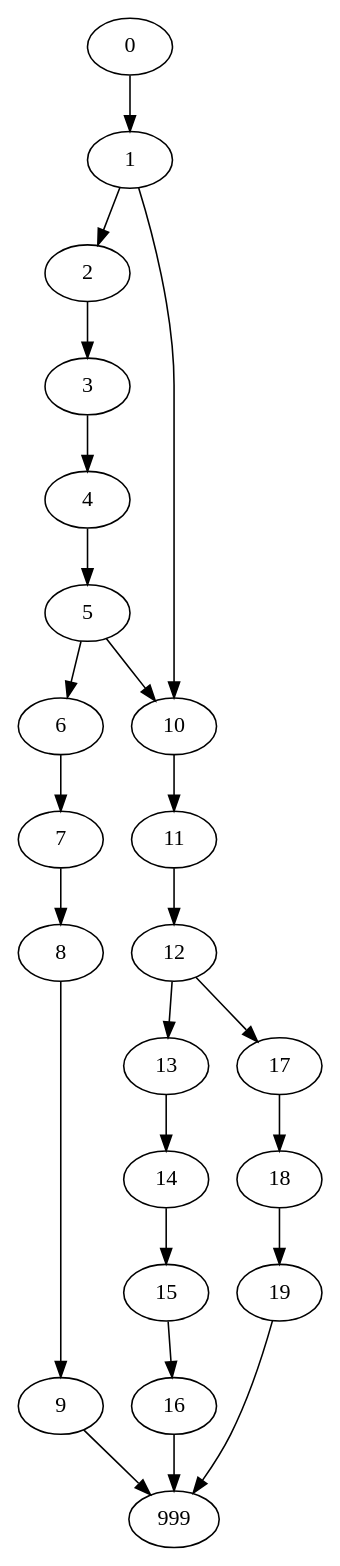
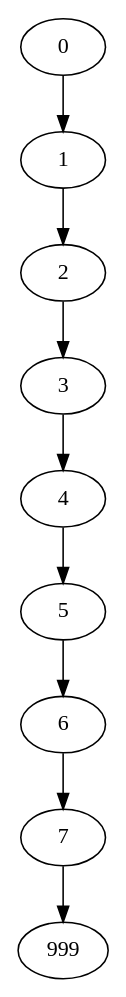
Before and after one commit to DanielTMolloy919/PDG-Plagiarism-Detector: the diagram in graphs/CFGs/file0.dot, drawn with Graphviz. The commit also changed 11 other files, not shown here.

```diff
--- a/graphs/CFGs/file0.dot
+++ b/graphs/CFGs/file0.dot
@@ -1,46 +1,19 @@
 strict digraph G {
   0;
   1;
   2;
   3;
   4;
   5;
   6;
   7;
-  8;
-  9;
-  10;
-  11;
-  12;
-  13;
-  14;
-  15;
-  16;
-  17;
-  18;
-  19;
   999;
   0 -> 1;
   1 -> 2;
-  1 -> 10;
   2 -> 3;
-  5 -> 10;
   3 -> 4;
   4 -> 5;
   5 -> 6;
   6 -> 7;
-  7 -> 8;
-  8 -> 9;
-  9 -> 999;
-  12 -> 17;
-  10 -> 11;
-  11 -> 12;
-  12 -> 13;
-  13 -> 14;
-  14 -> 15;
-  15 -> 16;
-  16 -> 999;
-  17 -> 18;
-  18 -> 19;
-  19 -> 999;
+  7 -> 999;
 }
```
